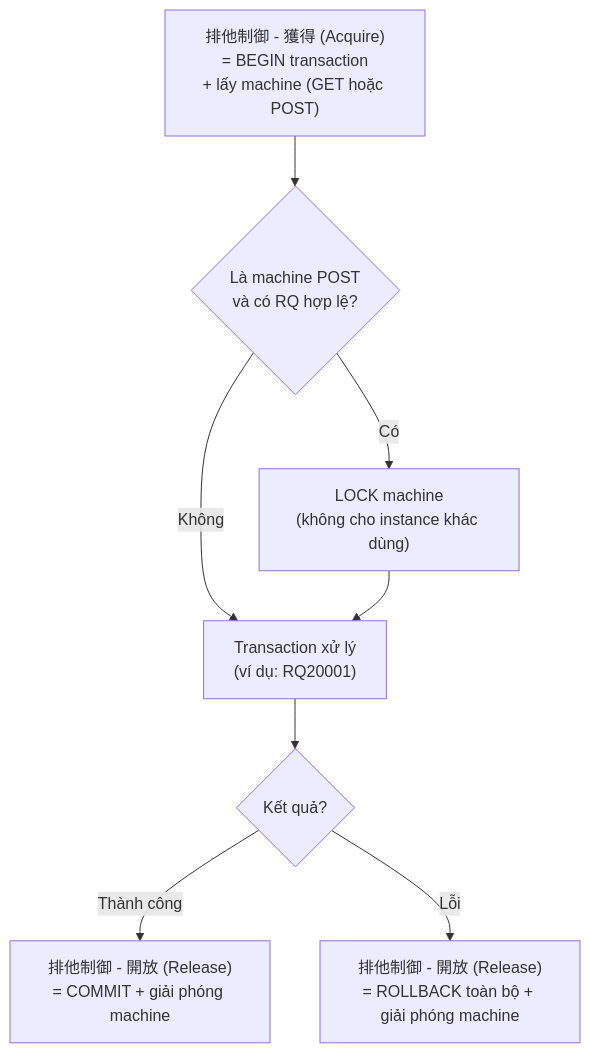
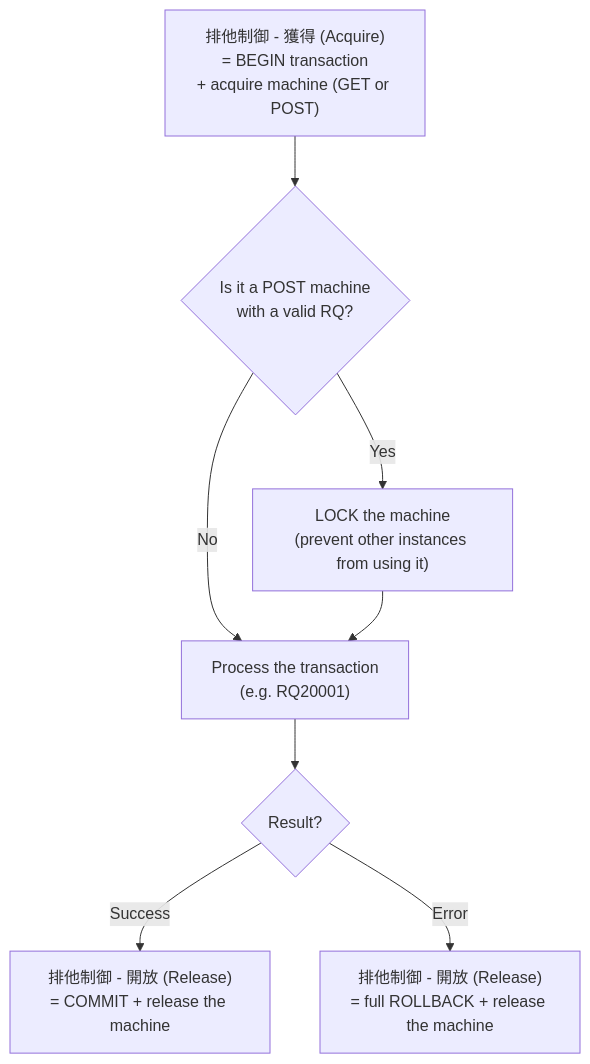
Before and after one commit to vkhoa1610/FX-Settlement-Platform: the second of 2 diagrams in docs/de/03-tenpo-approval.md, drawn with Mermaid. The commit also changed other lines of this file and 19 other files, not shown here.

````diff
--- a/docs/de/03-tenpo-approval.md
+++ b/docs/de/03-tenpo-approval.md
@@ -239,10 +239,10 @@
 ```mermaid
 flowchart TD
-    A["排他制御 - 獲得 (Acquire)<br/>= BEGIN transaction<br/>+ lấy machine (GET hoặc POST)"] --> B{"Là machine POST<br/>và có RQ hợp lệ?"}
-    B -->|Có| C["LOCK machine<br/>(không cho instance khác dùng)"]
-    B -->|Không| D["Transaction xử lý<br/>(ví dụ: RQ20001)"]
+    A["排他制御 - 獲得 (Acquire)<br/>= BEGIN transaction<br/>+ acquire machine (GET or POST)"] --> B{"Is it a POST machine<br/>with a valid RQ?"}
+    B -->|Yes| C["LOCK the machine<br/>(prevent other instances from using it)"]
+    B -->|No| D["Process the transaction<br/>(e.g. RQ20001)"]
     C --> D
-    D --> E{"Kết quả?"}
-    E -->|Thành công| F["排他制御 - 開放 (Release)<br/>= COMMIT + giải phóng machine"]
-    E -->|Lỗi| G["排他制御 - 開放 (Release)<br/>= ROLLBACK toàn bộ + giải phóng machine"]
+    D --> E{"Result?"}
+    E -->|Success| F["排他制御 - 開放 (Release)<br/>= COMMIT + release the machine"]
+    E -->|Error| G["排他制御 - 開放 (Release)<br/>= full ROLLBACK + release the machine"]
 ```
````
